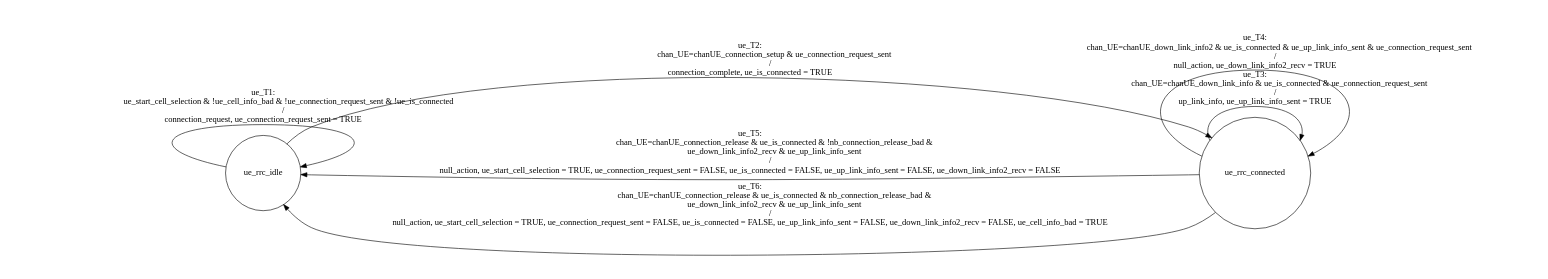
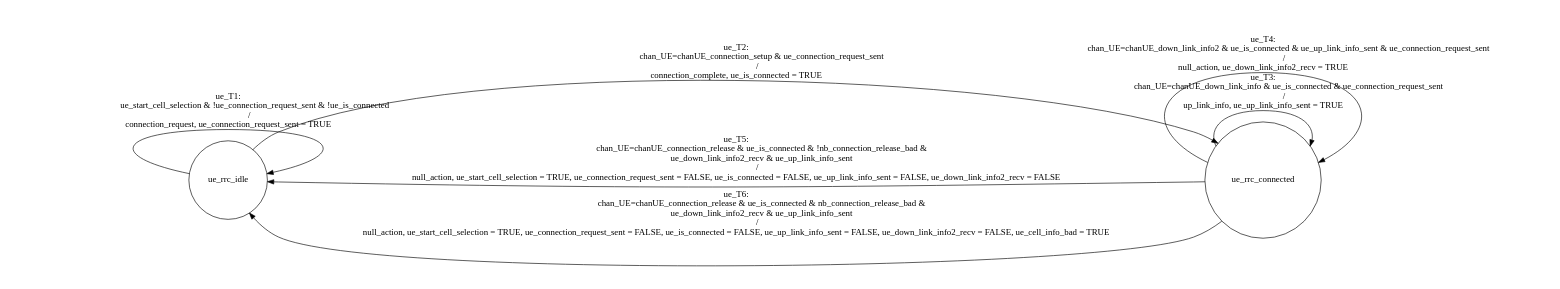
The diagram in UE.dot (alexkgrimes/RRCInspector), drawn with Graphviz before and after one commit. The commit also changed 4 other files, not shown here.

```diff
--- a/UE.dot
+++ b/UE.dot
@@ -1,32 +1,32 @@
 digraph UE{
 rankdir = LR;
 size = "8,5"
 node [shape = circle, label="ue_rrc_idle"]ue_rrc_idle;
 node [shape = circle, label="ue_rrc_connected"]ue_rrc_connected;
 ue_rrc_idle -> ue_rrc_idle [label = "ue_T1: 
-                         ue_start_cell_selection & !ue_cell_info_bad & !ue_connection_request_sent & !ue_is_connected 
+                         ue_start_cell_selection & !ue_connection_request_sent & !ue_is_connected 
                     /
 connection_request, ue_connection_request_sent = TRUE"]
 ue_rrc_idle -> ue_rrc_connected [label = "ue_T2: 
                         chan_UE=chanUE_connection_setup & ue_connection_request_sent 
                     /
 connection_complete, ue_is_connected = TRUE"]
 ue_rrc_connected -> ue_rrc_connected [label = "ue_T3: 
                         chan_UE=chanUE_down_link_info & ue_is_connected & ue_connection_request_sent 
                     /
 up_link_info, ue_up_link_info_sent = TRUE"]
 ue_rrc_connected -> ue_rrc_connected [label = "ue_T4: 
                         chan_UE=chanUE_down_link_info2 & ue_is_connected & ue_up_link_info_sent & ue_connection_request_sent
                     /
 null_action, ue_down_link_info2_recv = TRUE"]
 ue_rrc_connected -> ue_rrc_idle [label = "ue_T5: 
                         chan_UE=chanUE_connection_release & ue_is_connected & !nb_connection_release_bad & 
                         ue_down_link_info2_recv & ue_up_link_info_sent 
                     /
 null_action, ue_start_cell_selection = TRUE, ue_connection_request_sent = FALSE, ue_is_connected = FALSE, ue_up_link_info_sent = FALSE, ue_down_link_info2_recv = FALSE"]
 ue_rrc_connected -> ue_rrc_idle [label = "ue_T6: 
                         chan_UE=chanUE_connection_release & ue_is_connected & nb_connection_release_bad & 
                         ue_down_link_info2_recv & ue_up_link_info_sent 
                     /
 null_action, ue_start_cell_selection = TRUE, ue_connection_request_sent = FALSE, ue_is_connected = FALSE, ue_up_link_info_sent = FALSE, ue_down_link_info2_recv = FALSE, ue_cell_info_bad = TRUE"]
 }
```
